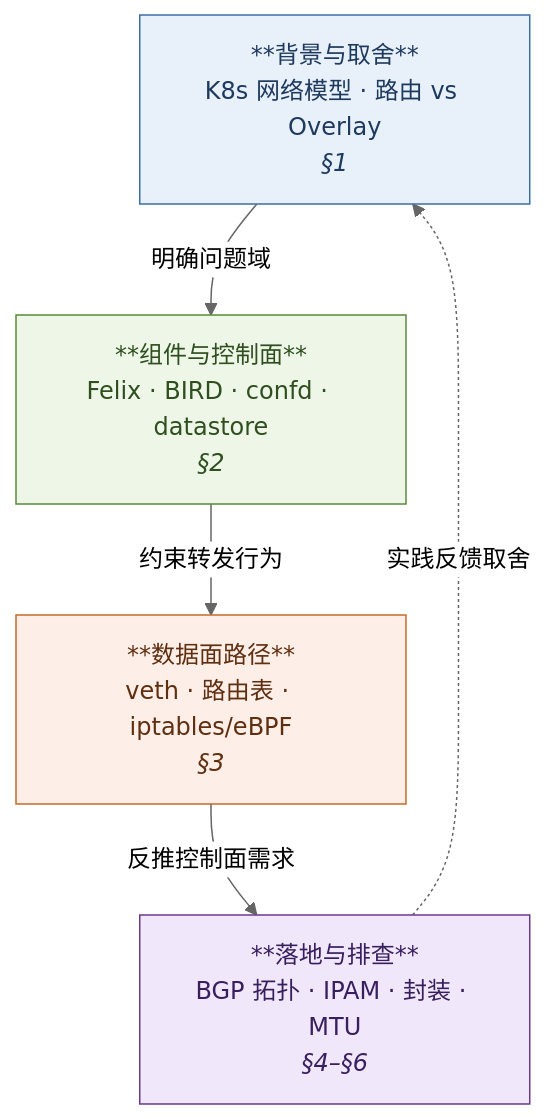
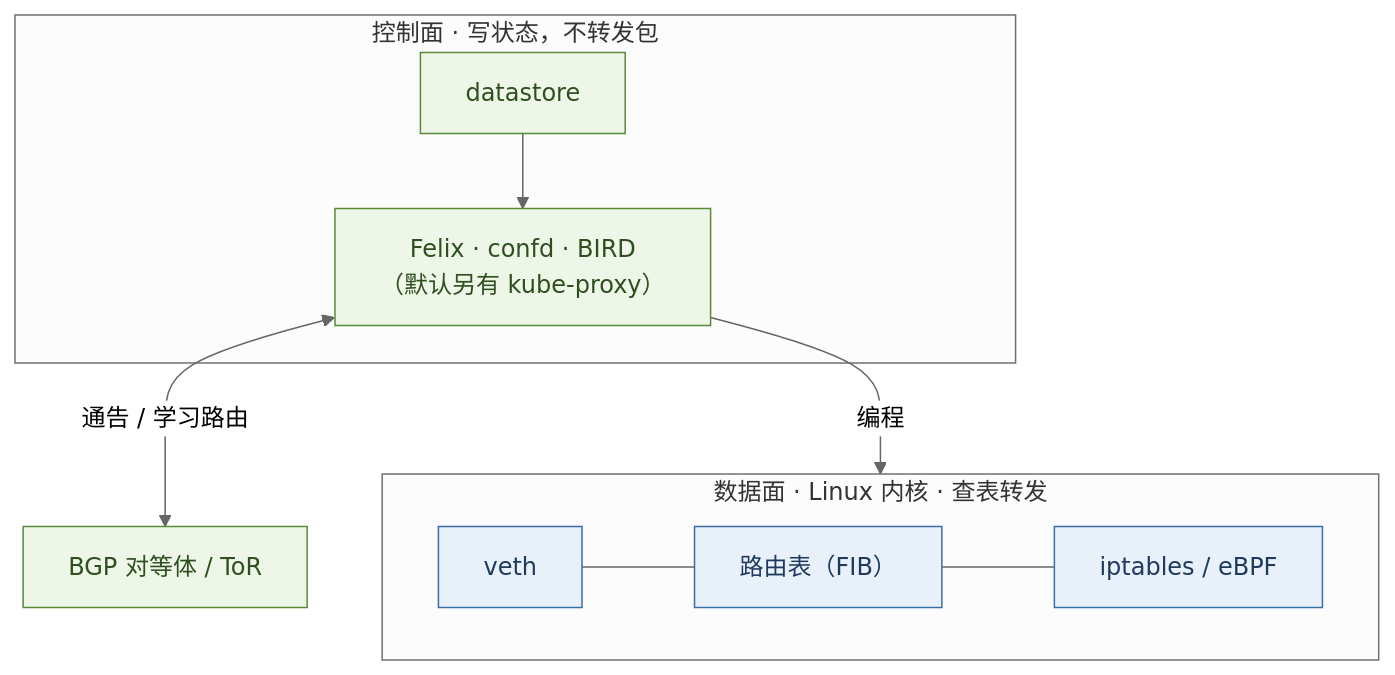
One commit to xiaxinyu/knowledge_base changed the first of 7 diagrams in 20-architecture/24-calico-networking-treatise.md. Above: the diagram before and after it, drawn with Mermaid (neutral theme). The commit also changed other lines of this file and 1 other file, not shown here.

````diff
--- a/20-architecture/24-calico-networking-treatise.md
+++ b/20-architecture/24-calico-networking-treatise.md
@@ -30,17 +32,23 @@
 ```mermaid
 flowchart TB
-  classDef ctx fill:#e8f1fa,stroke:#3b6ea5,color:#1f3a5f
-  classDef comp fill:#eef6e8,stroke:#5a8a3a,color:#2f4f1f
-  classDef path fill:#fdeee8,stroke:#c46a2a,color:#5f2f10
-  classDef eng fill:#f0e8fa,stroke:#6a3a8a,color:#3a1f5f
+  classDef cp fill:#eef6e8,stroke:#5a8a3a,color:#2f4f1f
+  classDef dp fill:#e8f1fa,stroke:#3b6ea5,color:#1f3a5f
 
-  Ctx["**背景与取舍**<br/>K8s 网络模型 · 路由 vs Overlay<br/><i>§1</i>"]:::ctx
-  Comp["**组件与控制面**<br/>Felix · BIRD · confd · datastore<br/><i>§2</i>"]:::comp
-  Path["**数据面路径**<br/>veth · 路由表 · iptables/eBPF<br/><i>§3</i>"]:::path
-  Eng["**落地与排查**<br/>BGP 拓扑 · IPAM · 封装 · MTU<br/><i>§4–§6</i>"]:::eng
+  subgraph CP["控制面 · 写状态，不转发包"]
+    DS["datastore"]:::cp
+    Agents["Felix · confd · BIRD<br/>（默认另有 kube-proxy）"]:::cp
+    DS --> Agents
+  end
 
-  Ctx -->|"明确问题域"| Comp
-  Comp -->|"约束转发行为"| Path
-  Path -->|"反推控制面需求"| Eng
-  Eng -.->|"实践反馈取舍"| Ctx
+  subgraph DP["数据面 · Linux 内核 · 查表转发"]
+    V["veth"]:::dp
+    F["路由表（FIB）"]:::dp
+    A["iptables / eBPF"]:::dp
+    V --- F
+    F --- A
+  end
+
+  Agents -->|"编程"| DP
+  Peer["BGP 对等体 / ToR"]:::cp
+  Agents <-->|"通告 / 学习路由"| Peer
 ```
````
